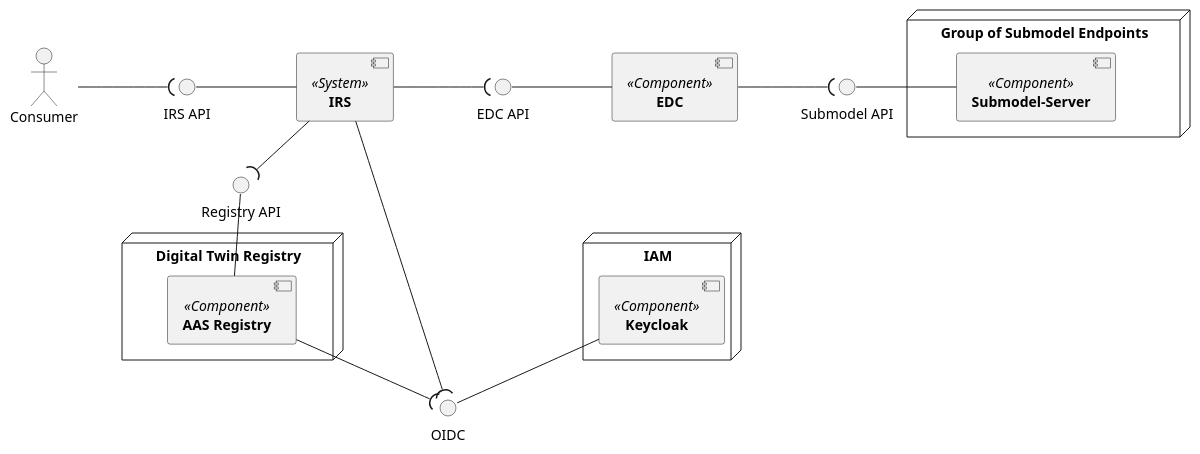
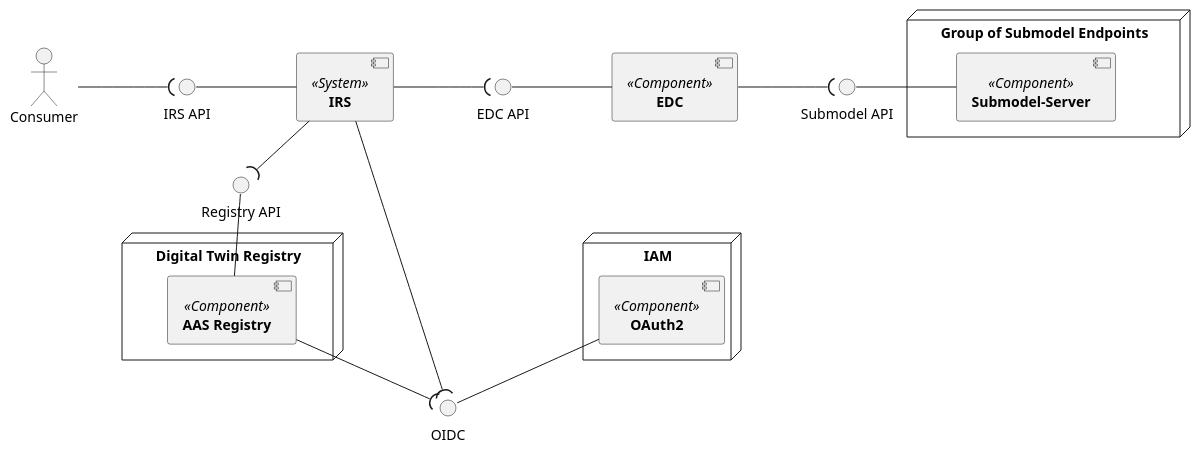
Before and after one commit to eclipse-tractusx/item-relationship-service: the diagram in docs/src/uml-diagrams/scope-context/irs-overall-system-view.puml, drawn with PlantUML. The commit also changed 34 other files, not shown here.

```diff
--- a/docs/src/uml-diagrams/scope-context/irs-overall-system-view.puml
+++ b/docs/src/uml-diagrams/scope-context/irs-overall-system-view.puml
@@ -1,41 +1,41 @@
 @startuml 
 skinparam monochrome true
 skinparam shadowing false
 skinparam nodesep 100
 skinparam ranksep 20
 
 [**IRS**] <<System>> as IRS
 
 [**EDC**] <<Component>> as EDC
 
 
 
 node "Digital Twin Registry" {
     [**AAS Registry**] <<Component>> as AASR
 }
 node "Group of Submodel Endpoints" {
   [**Submodel-Server**] <<Component>> as SN
 }
 node "IAM" {
-    [**Keycloak**] <<Component>> as KIAM
+    [**OAuth2**] <<Component>> as OAuth2
 }
 actor Consumer
 
 interface "IRS API" as IAPI
 interface "EDC API" as IEDC
 interface "Registry API" as IRAPI
 interface "Submodel API" as ISubModelAPI
 interface "OIDC" as IAMAPI
 
 Consumer -( IAPI
 IAPI - IRS
 IEDC - EDC
 IRS -( IEDC
 ISubModelAPI - SN
 EDC -( ISubModelAPI
 IRS --( IRAPI
 IRAPI -- AASR
 IRS --down( IAMAPI
 AASR --( IAMAPI
-KIAM -- IAMAPI
+OAuth2 -- IAMAPI
 @enduml
```
